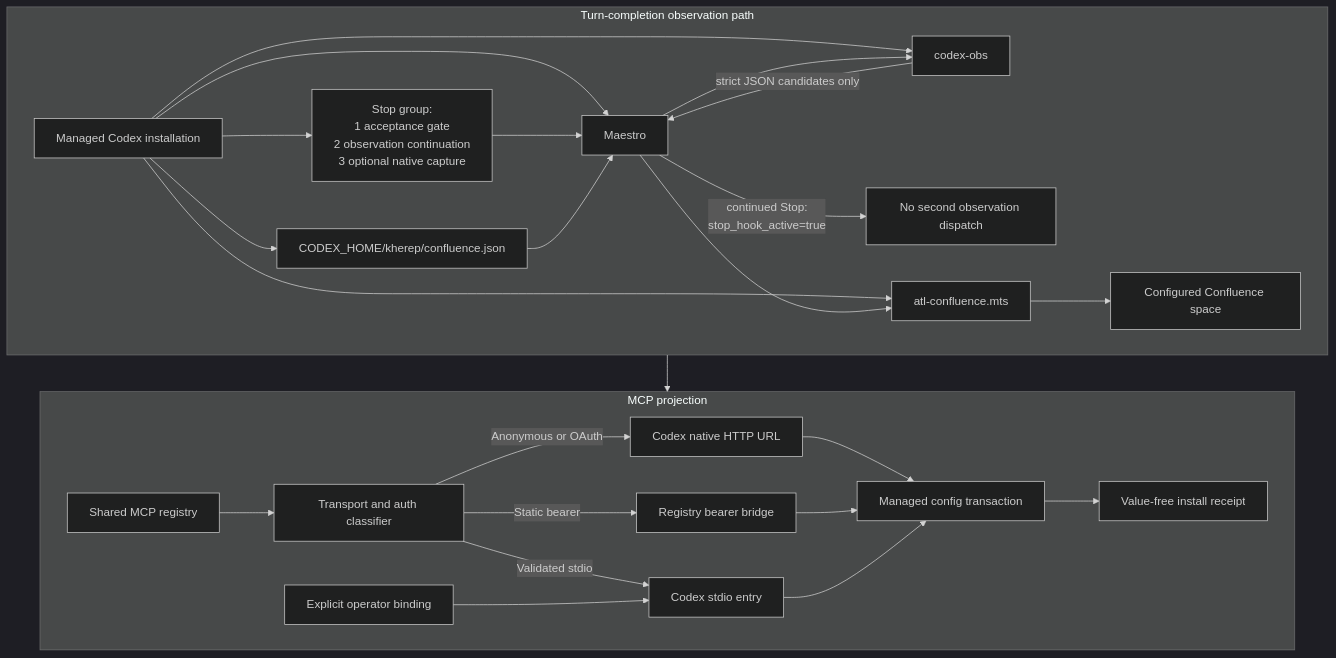
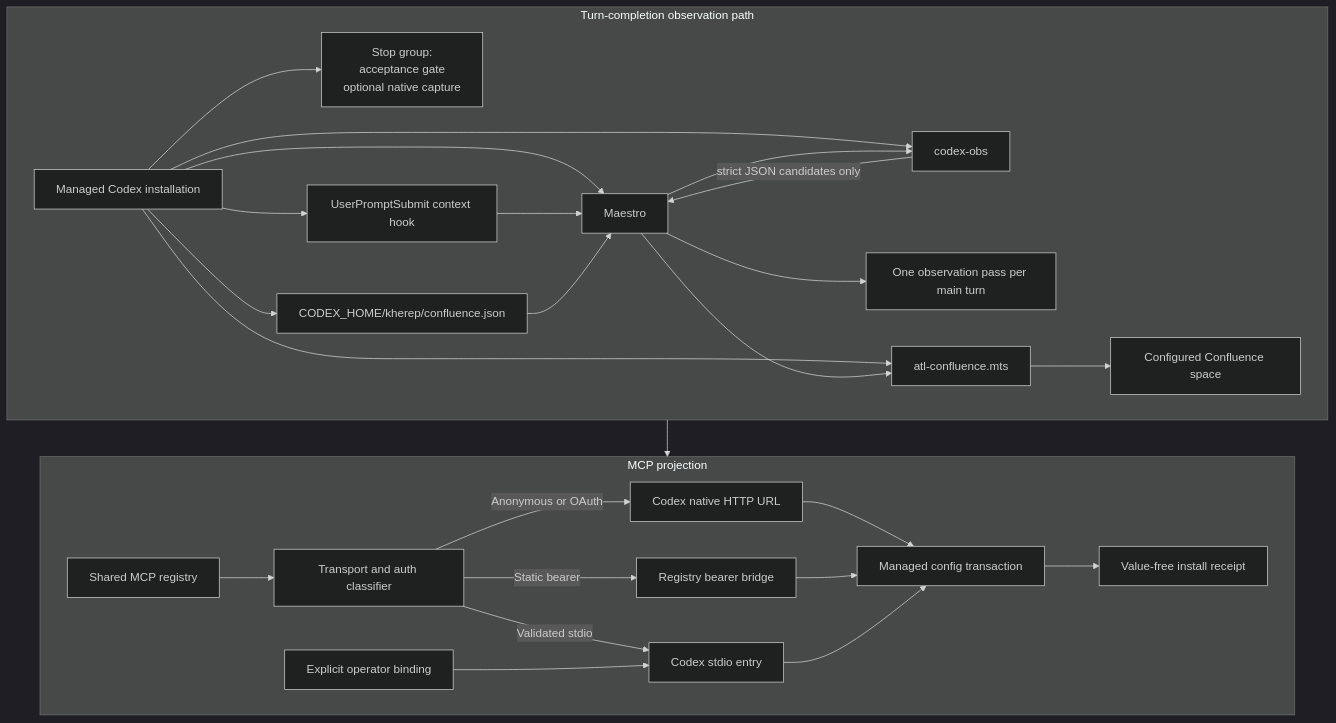
The diagram in codex/ARCHITECTURE.md (cfaysal/kherep), drawn with Mermaid (dark theme) before and after one commit. The commit also changed other lines of this file and 9 other files, not shown here.

````diff
--- a/codex/ARCHITECTURE.md
+++ b/codex/ARCHITECTURE.md
@@ -31,33 +29,34 @@
 ```mermaid
 flowchart TB
     subgraph T[Turn-completion observation path]
         direction LR
-        I[Managed Codex installation] --> ST[Stop group:<br/>1 acceptance gate<br/>2 observation continuation<br/>3 optional native capture]
+        I[Managed Codex installation] --> ST[Stop group:<br/>acceptance gate<br/>optional native capture]
         I --> MA[Maestro]
         I --> OB[codex-obs]
-        ST --> MA
+        I --> UC[UserPromptSubmit context hook]
+        UC --> MA
         MA --> OB
         OB -->|strict JSON candidates only| MA
-        MA -->|continued Stop:<br/>stop_hook_active=true| NR[No second observation dispatch]
+        MA --> NR[One observation pass per main turn]
         I --> CB[atl-confluence.mts]
         I --> CT[CODEX_HOME/kherep/confluence.json]
         CT --> MA
         MA --> CB
         CB --> CS[Configured Confluence space]
     end
 
     subgraph P[MCP projection]
         direction LR
         R[Shared MCP registry] --> C[Transport and auth classifier]
         C -->|Anonymous or OAuth| H[Codex native HTTP URL]
         C -->|Static bearer| B[Registry bearer bridge]
         C -->|Validated stdio| S[Codex stdio entry]
         O[Explicit operator binding] --> S
         H --> M[Managed config transaction]
         B --> M
         S --> M
         M --> Q[Value-free install receipt]
     end
 
     I --> M
 ```
````
